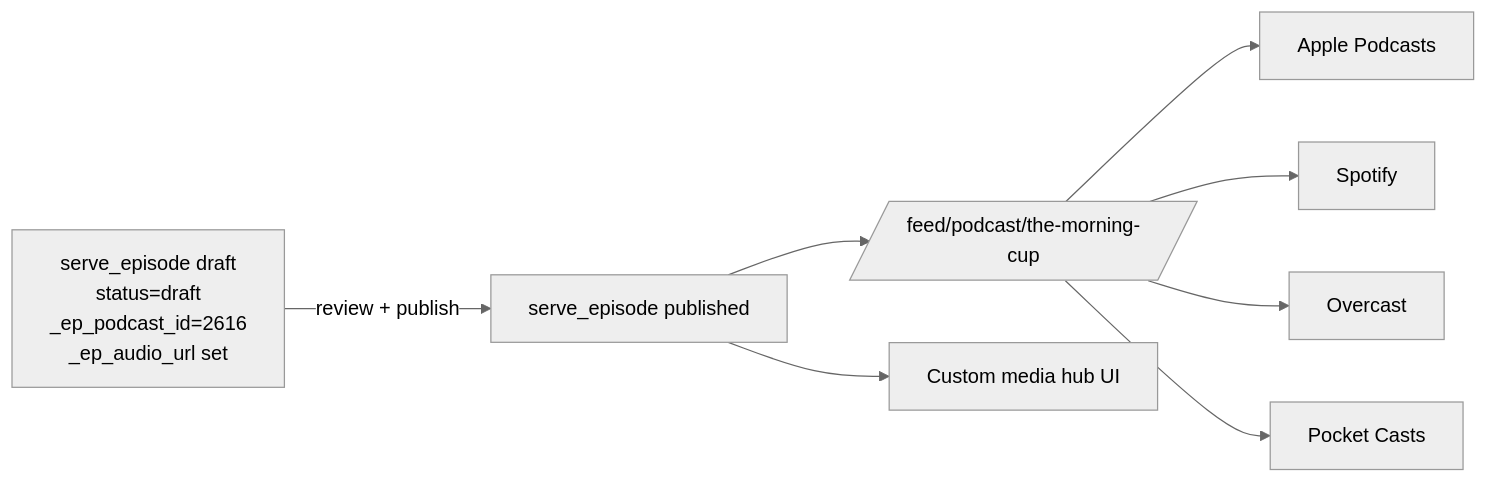
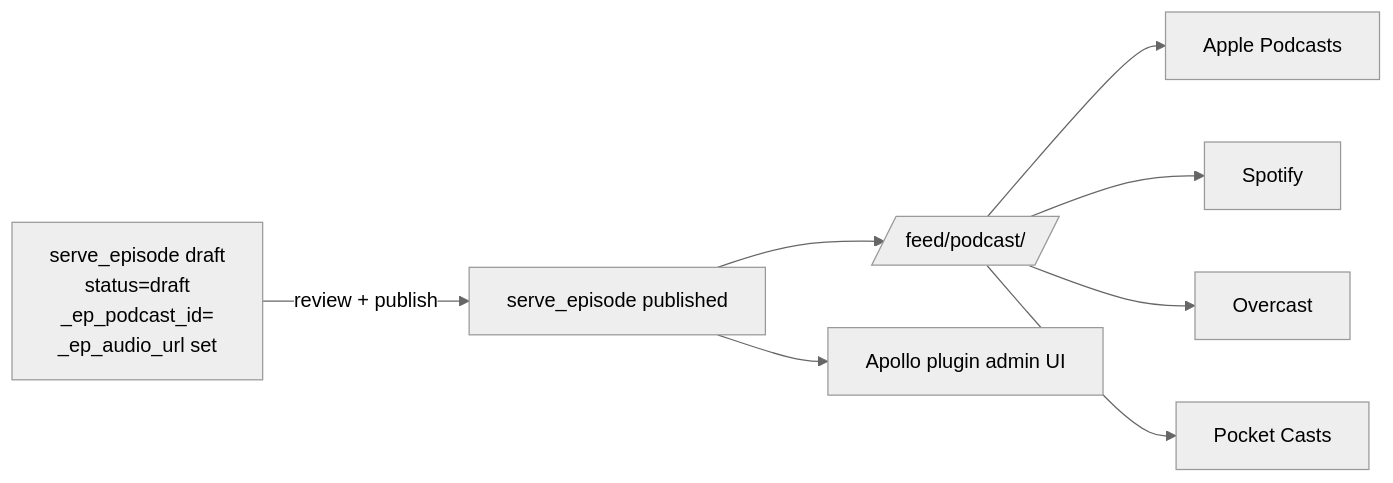
Before and after one commit to pennydoesdev/TheMorningCup-Episode-Generator: the fifth of 8 diagrams in docs/PIPELINE.md, drawn with Mermaid (neutral theme). The commit also changed other lines of this file, not shown here.

Commit message:
PIPELINE.md: rewrite generic for any show (no Morning Cup specifics)

````diff
--- a/docs/PIPELINE.md
+++ b/docs/PIPELINE.md
@@ -190,10 +192,10 @@
 ```mermaid
 flowchart LR
-  Draft[serve_episode draft\nstatus=draft\n_ep_podcast_id=2616\n_ep_audio_url set] -->|review + publish| Pub[serve_episode published]
-  Pub --> RSS[/feed/podcast/the-morning-cup/]
-  Pub --> Hub[Custom media hub UI]
+  Draft[serve_episode draft\nstatus=draft\n_ep_podcast_id=<show ID>\n_ep_audio_url set] -->|review + publish| Pub[serve_episode published]
+  Pub --> RSS[/feed/podcast/<show-feed-slug>/]
+  Pub --> Hub[Apollo plugin admin UI]
   RSS --> Apple[Apple Podcasts]
   RSS --> Spotify[Spotify]
   RSS --> Overcast[Overcast]
   RSS --> Pocket[Pocket Casts]
 ```
````
